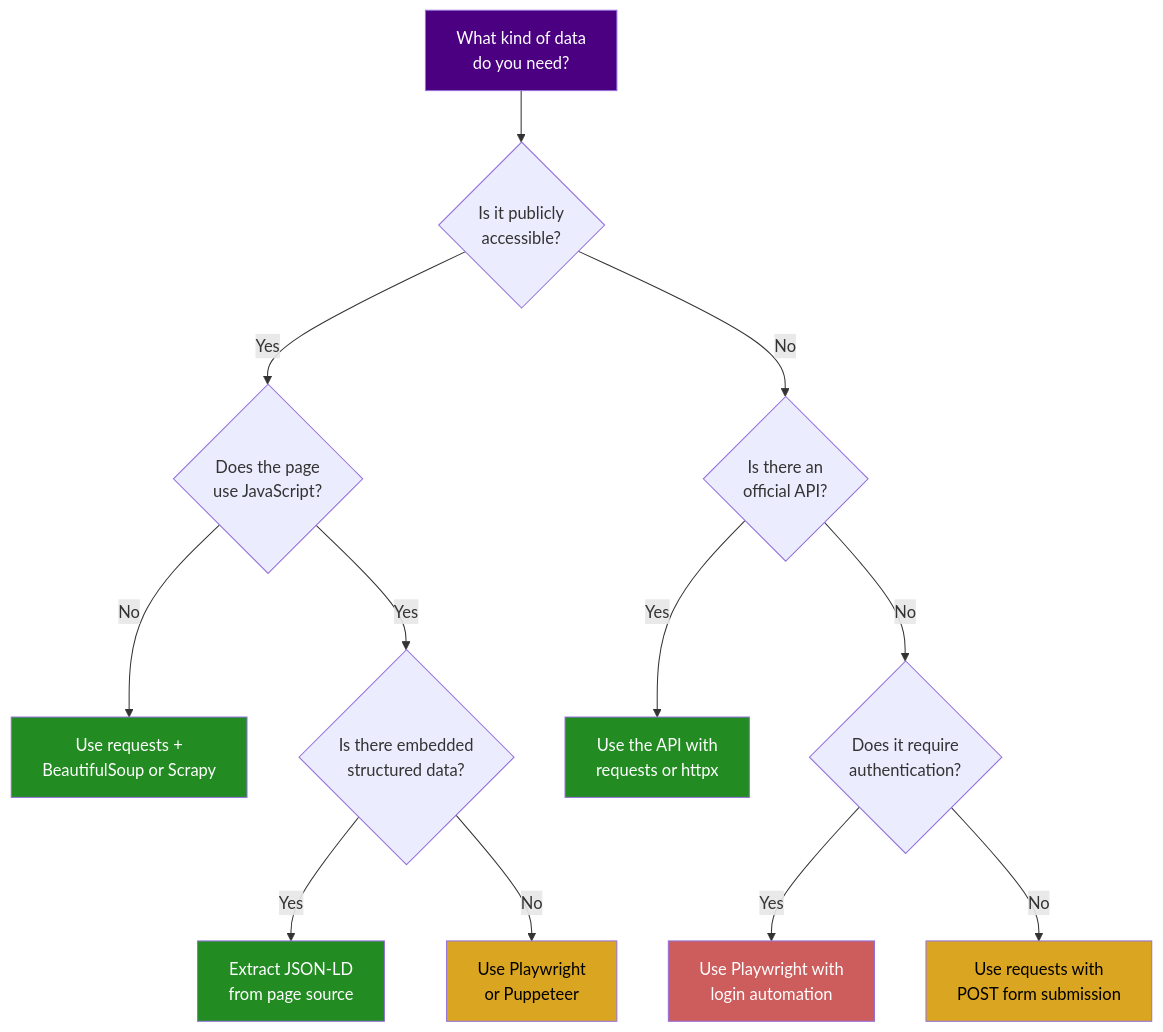
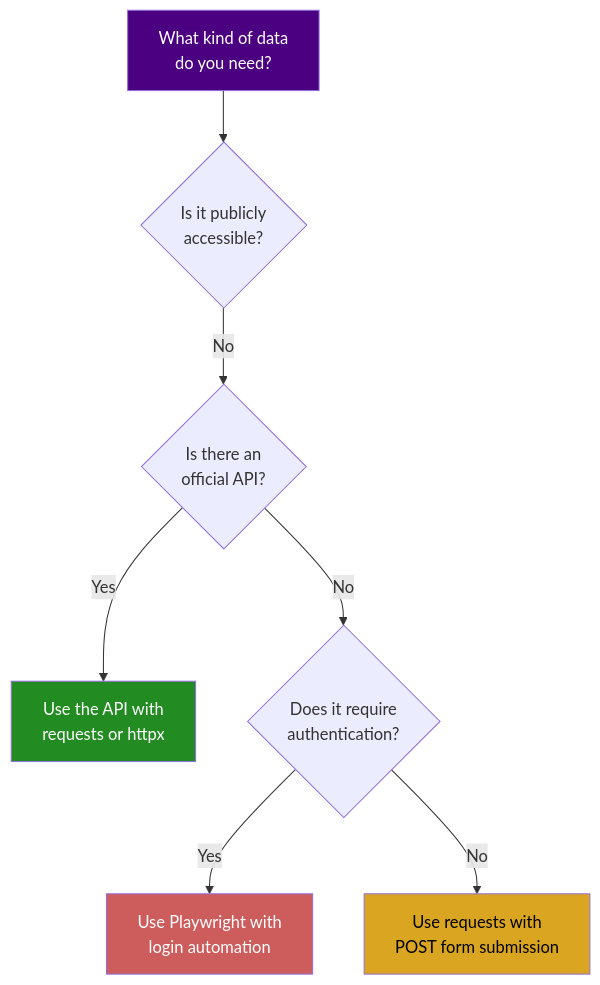
One commit to bytetunnels/bytetunnels.github.com changed the sixth of 6 diagrams in _posts/2026-02-04-types-of-web-databases-surface-web-deep-web-apis.md. Above: the diagram before and after it, drawn with Mermaid. The commit also changed other lines of this file and 118 other files, not shown here.

Commit message:
feat: improve diagram styling and compact wide flowcharts

````diff
--- a/_posts/2026-02-04-types-of-web-databases-surface-web-deep-web-apis.md
+++ b/_posts/2026-02-04-types-of-web-databases-surface-web-deep-web-apis.md
@@ -269,26 +286,16 @@
 ```mermaid
 graph TD
     A["What kind of data<br>do you need?"] --> B{"Is it publicly<br>accessible?"}
-    B -->|Yes| C{"Does the page<br>use JavaScript?"}
     B -->|No| D{"Is there an<br>official API?"}
-
-    C -->|No| E["Use requests +<br>BeautifulSoup or Scrapy"]
-    C -->|Yes| F{"Is there embedded<br>structured data?"}
-
-    F -->|Yes| G["Extract JSON-LD<br>from page source"]
-    F -->|No| H["Use Playwright<br>or Puppeteer"]
 
     D -->|Yes| I["Use the API with<br>requests or httpx"]
     D -->|No| J{"Does it require<br>authentication?"}
 
     J -->|Yes| K["Use Playwright with<br>login automation"]
     J -->|No| L["Use requests with<br>POST form submission"]
 
     style A fill:#4B0082,color:#fff
-    style E fill:#228B22,color:#fff
-    style G fill:#228B22,color:#fff
-    style H fill:#DAA520,color:#000
     style I fill:#228B22,color:#fff
     style K fill:#CD5C5C,color:#fff
     style L fill:#DAA520,color:#000
 ```
````
